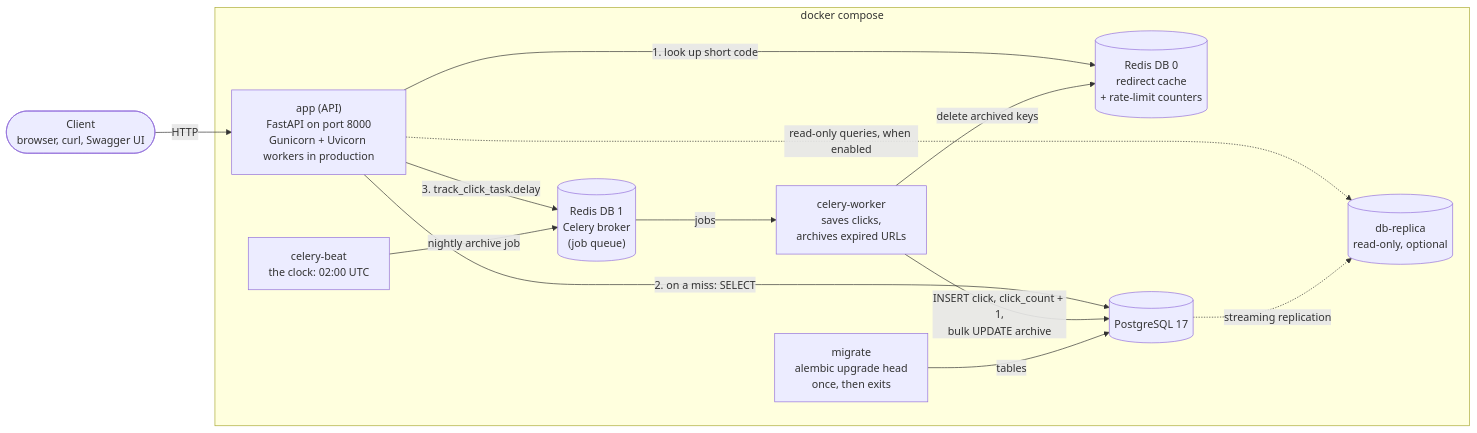
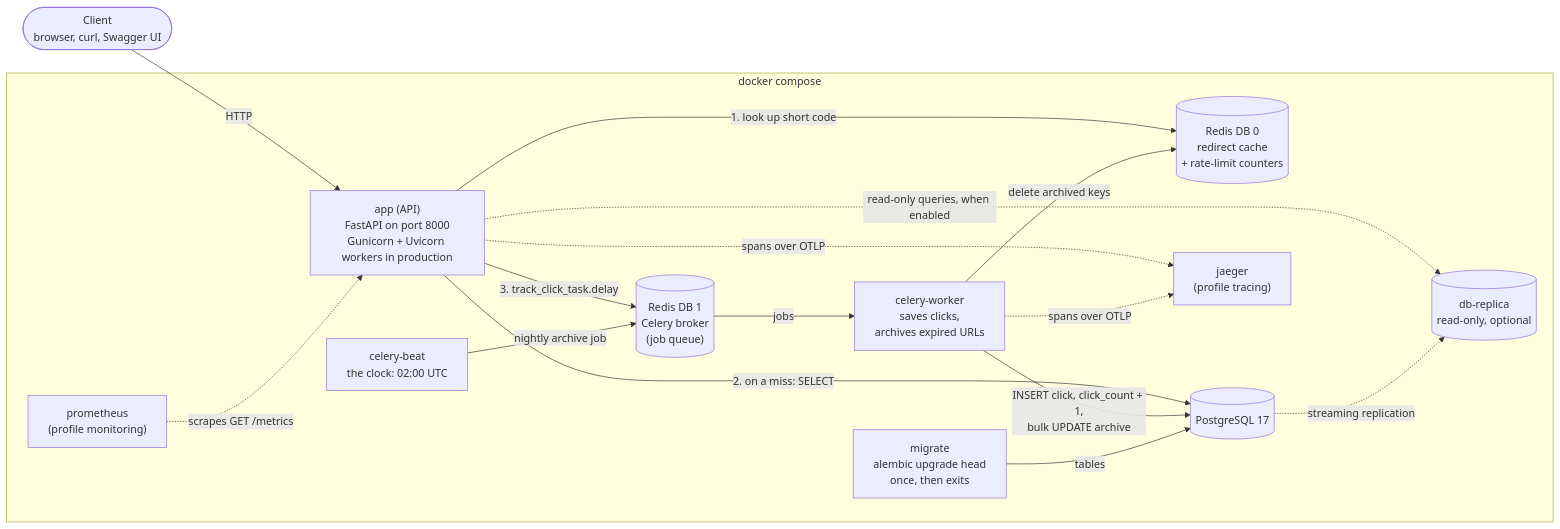
Before and after one commit to Aline-CROIRE/url-shortener-fastapi: the first of 4 diagrams in README.md, drawn with Mermaid. The commit also changed other lines of this file and 1 other file, not shown here.

````diff
--- a/README.md
+++ b/README.md
@@ -113,27 +115,32 @@
 ```mermaid
 flowchart LR
     client(["Client<br/>browser, curl, Swagger UI"])
 
     subgraph compose["docker compose"]
         app["app (API)<br/>FastAPI on port 8000<br/>Gunicorn + Uvicorn workers in production"]
         cache[("Redis DB 0<br/>redirect cache<br/>+ rate-limit counters")]
         broker[("Redis DB 1<br/>Celery broker<br/>(job queue)")]
         worker["celery-worker<br/>saves clicks,<br/>archives expired URLs"]
         beat["celery-beat<br/>the clock: 02:00 UTC"]
         db[("PostgreSQL 17")]
         migrate["migrate<br/>alembic upgrade head<br/>once, then exits"]
         replica[("db-replica<br/>read-only, optional")]
+        prometheus["prometheus<br/>(profile monitoring)"]
+        jaeger["jaeger<br/>(profile tracing)"]
     end
 
     client -->|HTTP| app
     app -->|1. look up short code| cache
     app -->|2. on a miss: SELECT| db
     app -->|3. track_click_task.delay| broker
     broker -->|jobs| worker
     beat -->|nightly archive job| broker
     worker -->|INSERT click, click_count + 1,<br/>bulk UPDATE archive| db
     worker -->|delete archived keys| cache
     migrate -->|tables| db
     app -.->|read-only queries, when enabled| replica
     db -.->|streaming replication| replica
+    prometheus -.->|scrapes GET /metrics| app
+    app -.->|spans over OTLP| jaeger
+    worker -.->|spans over OTLP| jaeger
 ```
````
